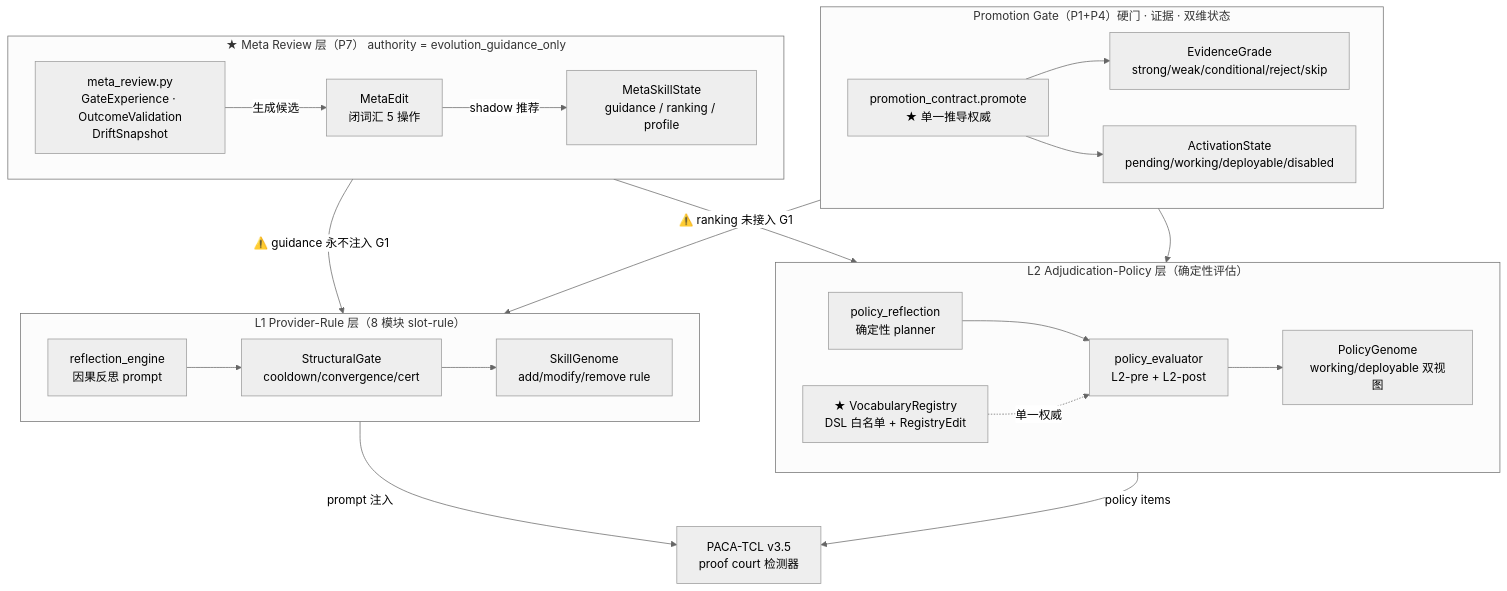
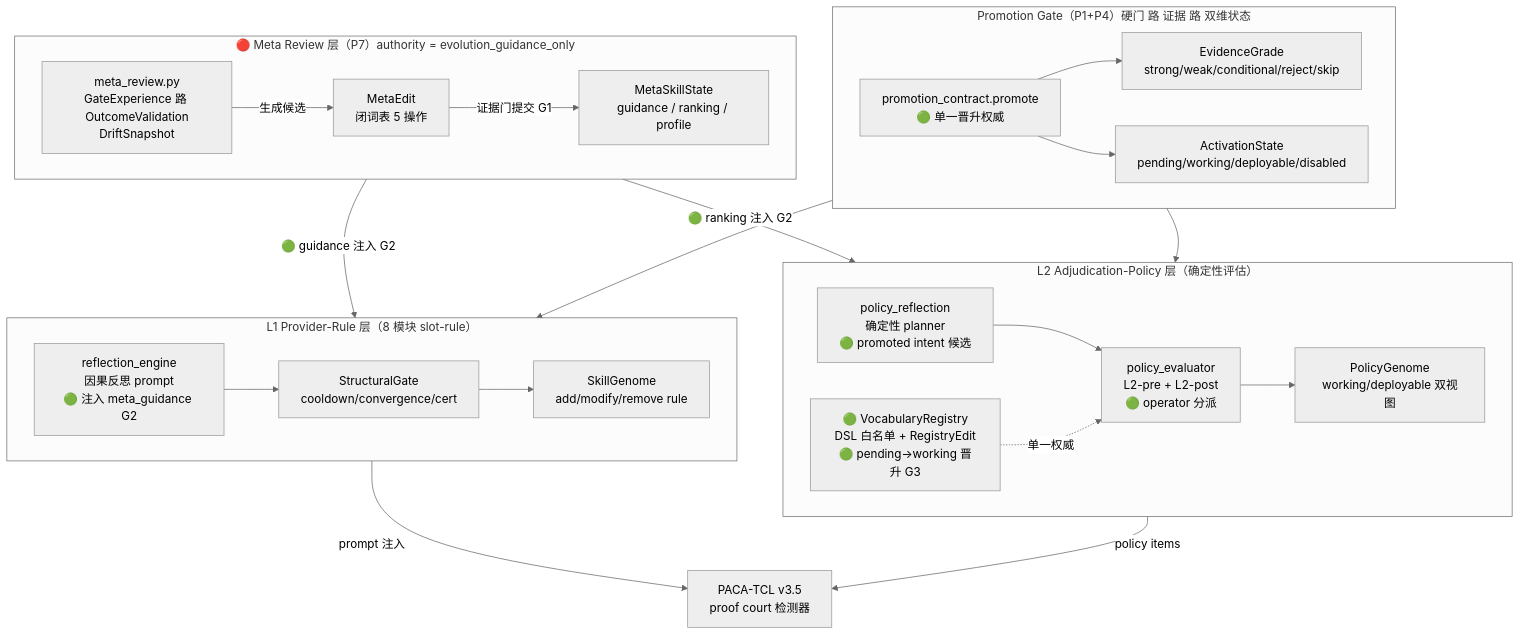
The first of 8 diagrams in docs/technical/SEHD_V6_FRAMEWORK_VISUAL.md (liuxinglin70-cmyk/Agent-Hallucination), drawn with Mermaid (neutral theme) before and after one commit. The commit also changed other lines of this file and 1 other file, not shown here.

First line of the commit message:
docs(evolution): commit framework review contract and redraw visual in UTF-8

````diff
--- a/docs/technical/SEHD_V6_FRAMEWORK_VISUAL.md
+++ b/docs/technical/SEHD_V6_FRAMEWORK_VISUAL.md
@@ -11,38 +11,38 @@
 ```mermaid
 flowchart TB
-    subgraph META["★ Meta Review 层（P7） authority = evolution_guidance_only"]
+    subgraph META["🔴 Meta Review 层（P7）authority = evolution_guidance_only"]
         MS[MetaSkillState<br/>guidance / ranking / profile]
-        MR[meta_review.py<br/>GateExperience · OutcomeValidation<br/>DriftSnapshot]
-        ME[MetaEdit<br/>闭词汇 5 操作]
-        MR -->|生成候选| ME -->|shadow 推荐| MS
+        MR[meta_review.py<br/>GateExperience 路 OutcomeValidation<br/>DriftSnapshot]
+        ME[MetaEdit<br/>闭词表 5 操作]
+        MR -->|生成候选| ME -->|证据门提交 G1| MS
     end
 
-    subgraph GATE["Promotion Gate（P1+P4）硬门 · 证据 · 双维状态"]
-        PC[promotion_contract.promote<br/>★ 单一推导权威]
+    subgraph GATE["Promotion Gate（P1+P4）硬门 路 证据 路 双维状态"]
+        PC[promotion_contract.promote<br/>🟢 单一晋升权威]
         GR[EvidenceGrade<br/>strong/weak/conditional/reject/skip]
         AC[ActivationState<br/>pending/working/deployable/disabled]
         PC --> GR & AC
     end
 
     subgraph L1["L1 Provider-Rule 层（8 模块 slot-rule）"]
-        RE[reflection_engine<br/>因果反思 prompt]
+        RE[reflection_engine<br/>因果反思 prompt<br/>🟢 注入 meta_guidance G2]
         SG[StructuralGate<br/>cooldown/convergence/cert]
         SK[SkillGenome<br/>add/modify/remove rule]
         RE --> SG --> SK
     end
 
     subgraph L2["L2 Adjudication-Policy 层（确定性评估）"]
-        PR[policy_reflection<br/>确定性 planner]
-        PE[policy_evaluator<br/>L2-pre + L2-post]
+        PR[policy_reflection<br/>确定性 planner<br/>🟢 promoted intent 候选]
+        PE[policy_evaluator<br/>L2-pre + L2-post<br/>🟢 operator 分派]
         PG[PolicyGenome<br/>working/deployable 双视图]
-        VR[★ VocabularyRegistry<br/>DSL 白名单 + RegistryEdit]
+        VR[🟢 VocabularyRegistry<br/>DSL 白名单 + RegistryEdit<br/>🟢 pending→working 晋升 G3]
         PR --> PE --> PG
         VR -.单一权威.-> PE
     end
 
-    META -->|⚠️ guidance 永不注入 G1| L1
-    META -->|⚠️ ranking 未接入 G1| L2
+    META -->|🟢 guidance 注入 G2| L1
+    META -->|🟢 ranking 注入 G2| L2
     GATE --> L1 & L2
     L1 -->|prompt 注入| DET[PACA-TCL v3.5<br/>proof court 检测器]
     L2 -->|policy items| DET
 ```
````
